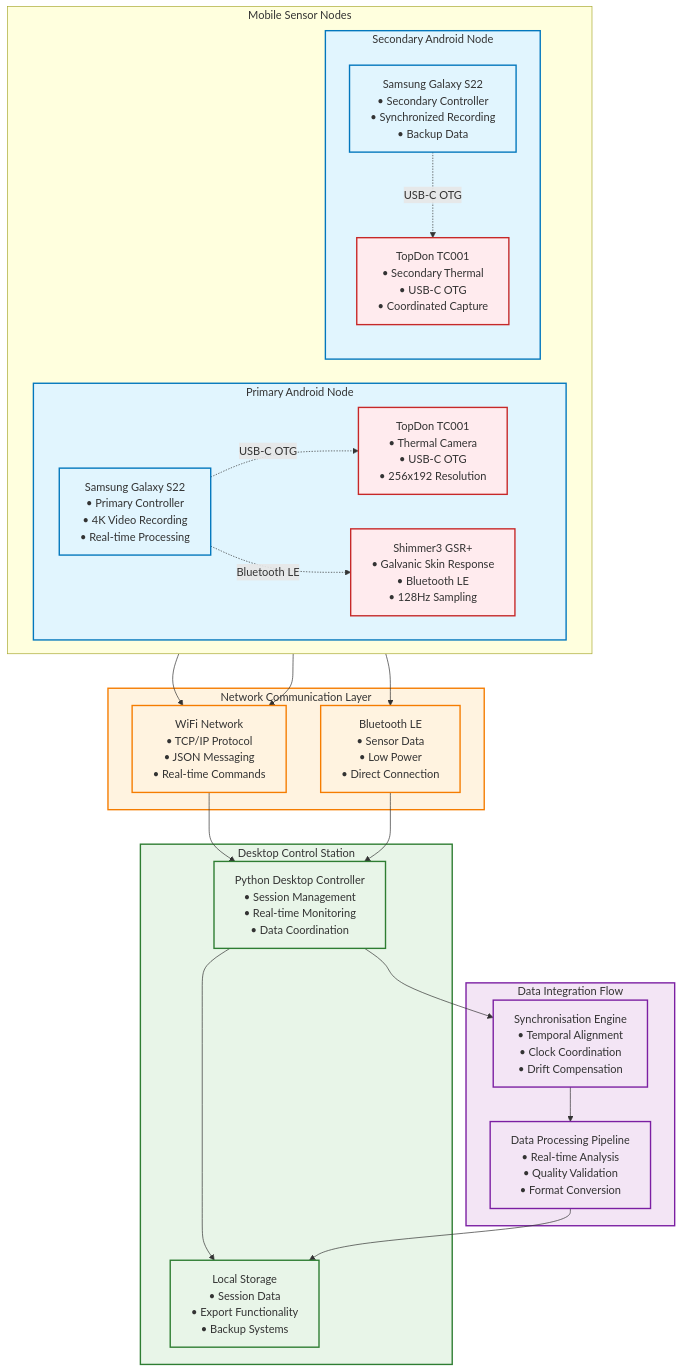
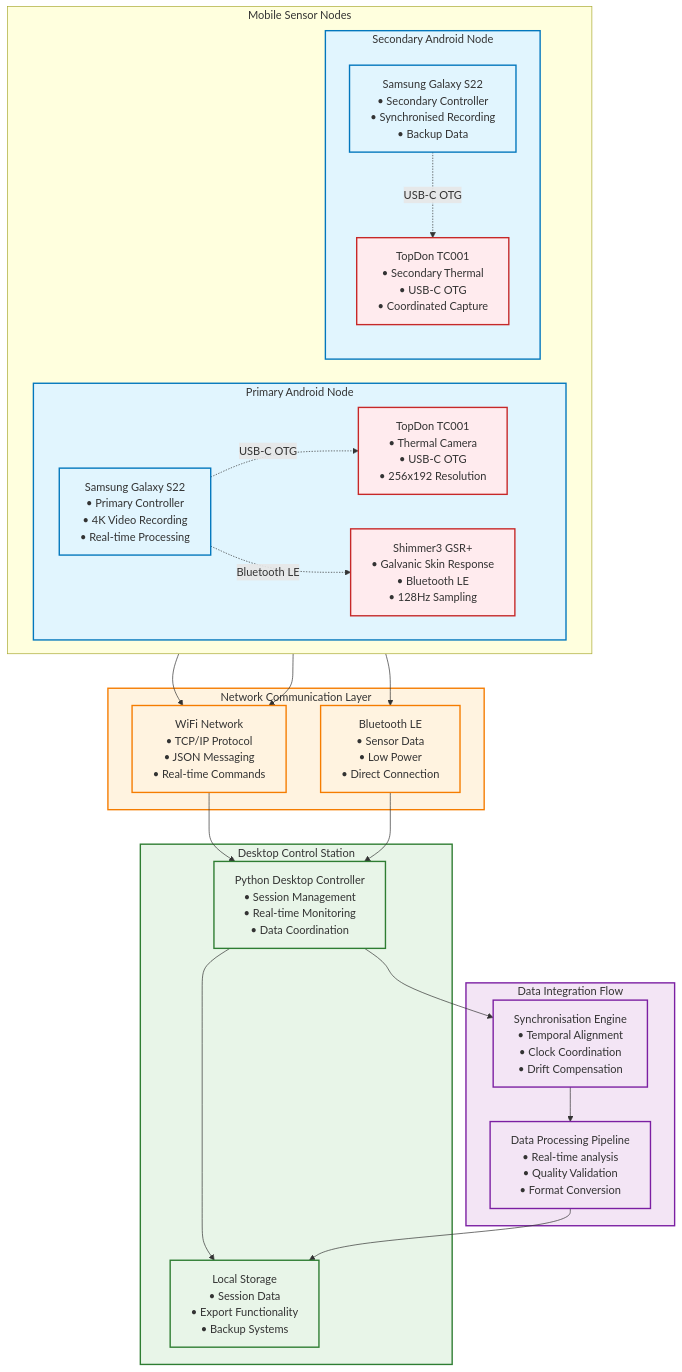
Before and after one commit to buccancs/fyp-multi-sensor-recording-system: the fifth of 19 diagrams in docs/diagrams/missing_diagrams_generated.md, drawn with Mermaid. The commit also changed other lines of this file and 58 other files, not shown here.

````diff
--- a/docs/diagrams/missing_diagrams_generated.md
+++ b/docs/diagrams/missing_diagrams_generated.md
@@ -233,64 +233,64 @@
 ```mermaid
 graph TB
     subgraph MOBILE_NODES ["Mobile Sensor Nodes"]
         direction LR
         
         subgraph NODE1 ["Primary Android Node"]
             S22_PRIMARY["Samsung Galaxy S22<br/>• Primary Controller<br/>• 4K Video Recording<br/>• Real-time Processing"]
             THERMAL_PRIMARY["TopDon TC001<br/>• Thermal Camera<br/>• USB-C OTG<br/>• 256x192 Resolution"]
             GSR_PRIMARY["Shimmer3 GSR+<br/>• Galvanic Skin Response<br/>• Bluetooth LE<br/>• 128Hz Sampling"]
         end
         
         subgraph NODE2 ["Secondary Android Node"]
-            S22_SECONDARY["Samsung Galaxy S22<br/>• Secondary Controller<br/>• Synchronized Recording<br/>• Backup Data"]
+            S22_SECONDARY["Samsung Galaxy S22<br/>• Secondary Controller<br/>• Synchronised Recording<br/>• Backup Data"]
             THERMAL_SECONDARY["TopDon TC001<br/>• Secondary Thermal<br/>• USB-C OTG<br/>• Coordinated Capture"]
         end
     end
     
     subgraph DESKTOP_CONTROL ["Desktop Control Station"]
         PC_CONTROLLER["Python Desktop Controller<br/>• Session Management<br/>• Real-time Monitoring<br/>• Data Coordination"]
         STORAGE["Local Storage<br/>• Session Data<br/>• Export Functionality<br/>• Backup Systems"]
     end
     
     subgraph NETWORK_LAYER ["Network Communication Layer"]
         WIFI_NET["WiFi Network<br/>• TCP/IP Protocol<br/>• JSON Messaging<br/>• Real-time Commands"]
         BT_NET["Bluetooth LE<br/>• Sensor Data<br/>• Low Power<br/>• Direct Connection"]
     end
     
     subgraph DATA_FLOW ["Data Integration Flow"]
         SYNC_ENGINE["Synchronisation Engine<br/>• Temporal Alignment<br/>• Clock Coordination<br/>• Drift Compensation"]
-        DATA_PROCESSOR["Data Processing Pipeline<br/>• Real-time Analysis<br/>• Quality Validation<br/>• Format Conversion"]
+        DATA_PROCESSOR["Data Processing Pipeline<br/>• Real-time analysis<br/>• Quality Validation<br/>• Format Conversion"]
     end
     
     %% Hardware connections
     S22_PRIMARY -.->|USB-C OTG| THERMAL_PRIMARY
     S22_PRIMARY -.->|Bluetooth LE| GSR_PRIMARY
     S22_SECONDARY -.->|USB-C OTG| THERMAL_SECONDARY
     
     %% Network connections
     NODE1 --> WIFI_NET
     NODE2 --> WIFI_NET
     GSR_PRIMARY --> BT_NET
     
     %% Control connections
     WIFI_NET --> PC_CONTROLLER
     BT_NET --> PC_CONTROLLER
     PC_CONTROLLER --> STORAGE
     
     %% Data processing
     PC_CONTROLLER --> SYNC_ENGINE
     SYNC_ENGINE --> DATA_PROCESSOR
     DATA_PROCESSOR --> STORAGE
     
     classDef mobile fill:#e1f5fe,stroke:#0277bd,stroke-width:2px
     classDef desktop fill:#e8f5e8,stroke:#2e7d32,stroke-width:2px
     classDef network fill:#fff3e0,stroke:#f57c00,stroke-width:2px
     classDef data fill:#f3e5f5,stroke:#7b1fa2,stroke-width:2px
     classDef hardware fill:#ffebee,stroke:#c62828,stroke-width:2px
     
     class S22_PRIMARY,S22_SECONDARY,NODE1,NODE2 mobile
     class PC_CONTROLLER,STORAGE,DESKTOP_CONTROL desktop
     class WIFI_NET,BT_NET,NETWORK_LAYER network
     class SYNC_ENGINE,DATA_PROCESSOR,DATA_FLOW data
     class THERMAL_PRIMARY,THERMAL_SECONDARY,GSR_PRIMARY hardware
 ```
````
